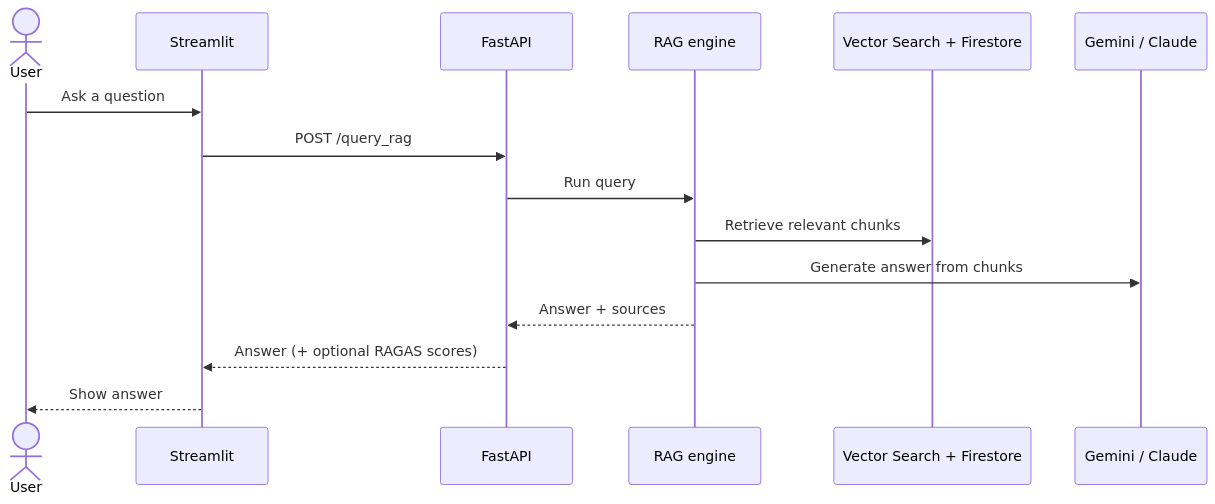
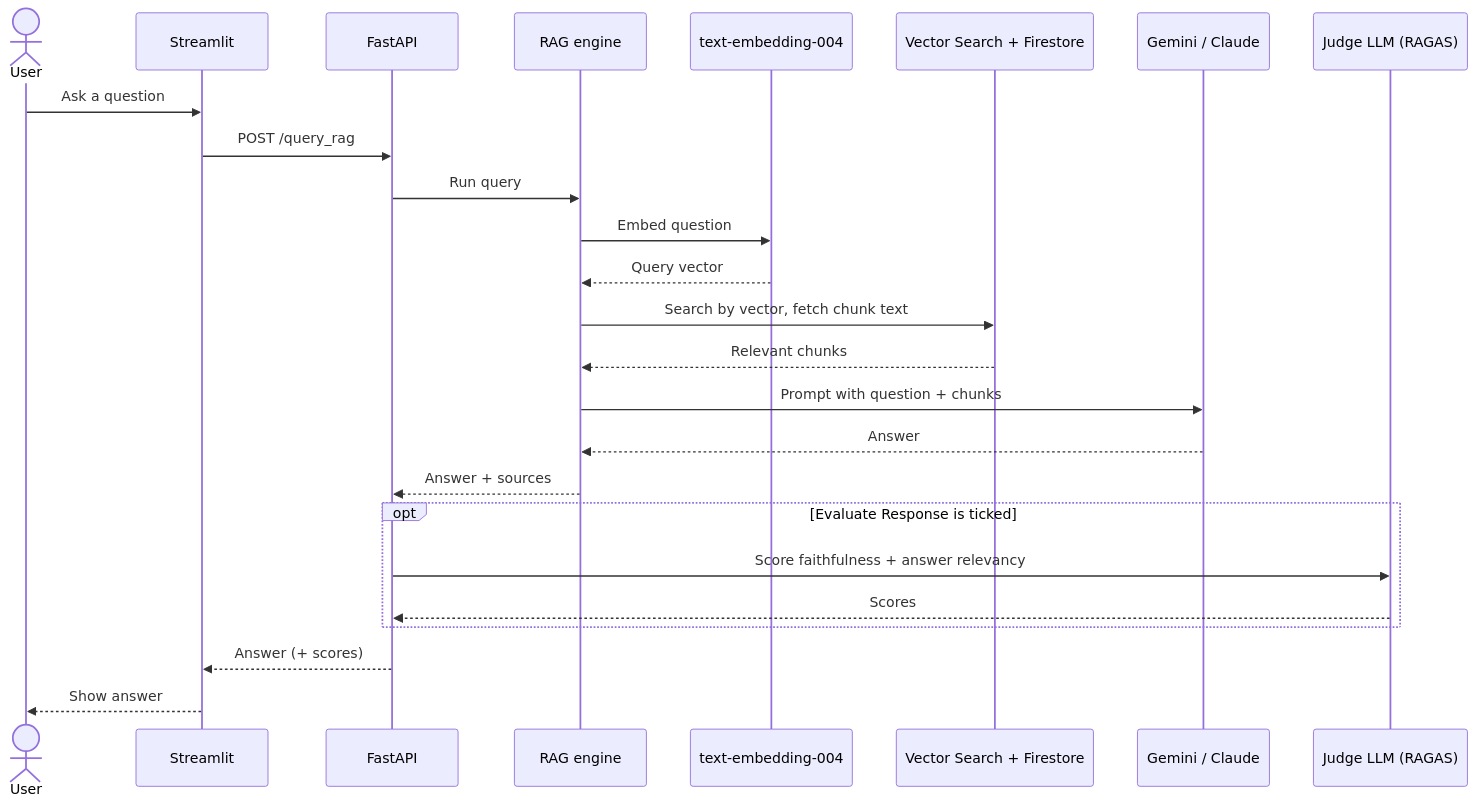
One commit to RL1812/RAG-Study changed the second of 2 diagrams in ARCHITECTURE.md. Above: the diagram before and after it, drawn with Mermaid. The commit also changed other lines of this file, not shown here.

````diff
--- a/ARCHITECTURE.md
+++ b/ARCHITECTURE.md
@@ -49,18 +62,28 @@
 ```mermaid
 sequenceDiagram
     actor U as User
     participant S as Streamlit
     participant F as FastAPI
     participant R as RAG engine
+    participant E as text-embedding-004
     participant D as Vector Search + Firestore
     participant G as Gemini / Claude
+    participant J as Judge LLM (RAGAS)
 
     U->>S: Ask a question
     S->>F: POST /query_rag
     F->>R: Run query
-    R->>D: Retrieve relevant chunks
-    R->>G: Generate answer from chunks
+    R->>E: Embed question
+    E-->>R: Query vector
+    R->>D: Search by vector, fetch chunk text
+    D-->>R: Relevant chunks
+    R->>G: Prompt with question + chunks
+    G-->>R: Answer
     R-->>F: Answer + sources
-    F-->>S: Answer (+ optional RAGAS scores)
+    opt Evaluate Response is ticked
+        F->>J: Score faithfulness + answer relevancy
+        J-->>F: Scores
+    end
+    F-->>S: Answer (+ scores)
     S-->>U: Show answer
 ```
````
